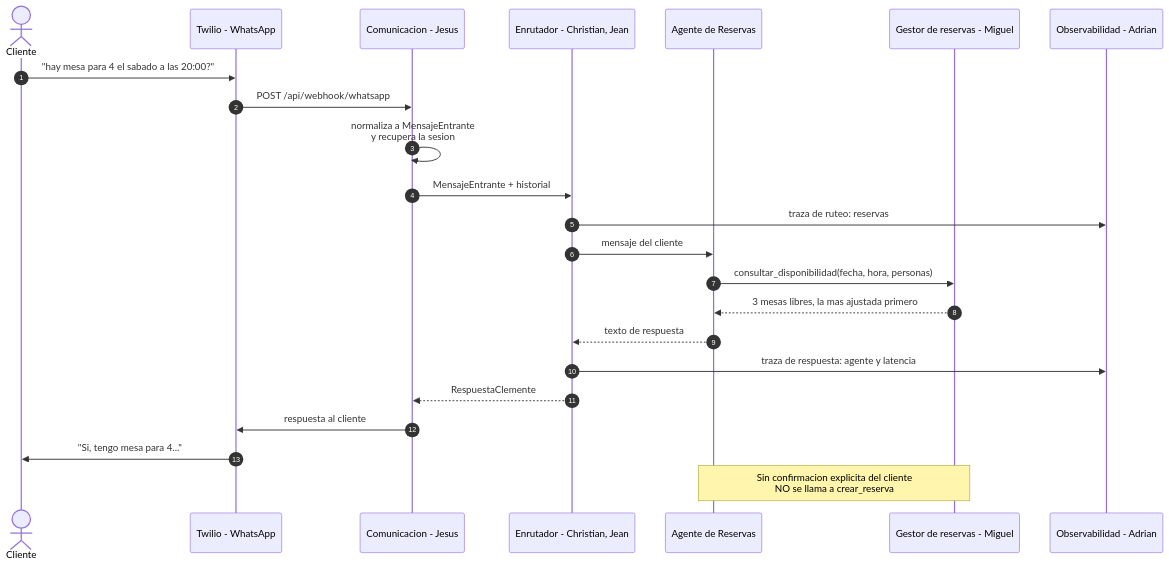
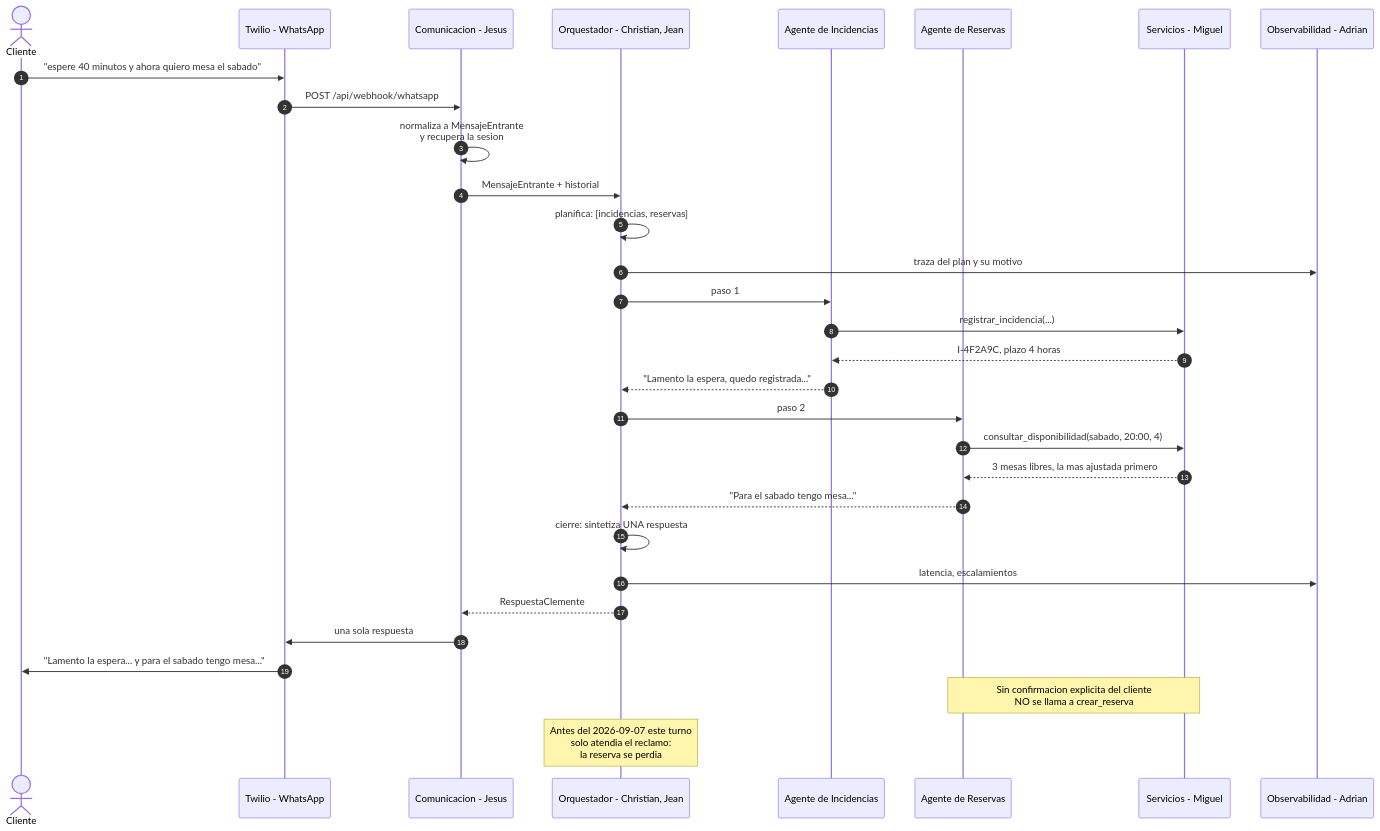
Before and after one commit to JesusBarboza1994/ai_agents_utec: the third of 4 diagrams in Clemente_Multiagente/README.md, drawn with Mermaid. The commit also changed other lines of this file and 2 other files, not shown here.

````diff
--- a/Clemente_Multiagente/README.md
+++ b/Clemente_Multiagente/README.md
@@ -295,26 +634,37 @@
 ```mermaid
 sequenceDiagram
     autonumber
     actor C as Cliente
     participant T as Twilio - WhatsApp
     participant COM as Comunicacion - Jesus
-    participant ORQ as Enrutador - Christian, Jean
-    participant AG as Agente de Reservas
-    participant SRV as Gestor de reservas - Miguel
+    participant ORQ as Orquestador - Christian, Jean
+    participant INC as Agente de Incidencias
+    participant RES as Agente de Reservas
+    participant SRV as Servicios - Miguel
     participant OBS as Observabilidad - Adrian
 
-    C->>T: "hay mesa para 4 el sabado a las 20:00?"
+    C->>T: "espere 40 minutos y ahora quiero mesa el sabado"
     T->>COM: POST /api/webhook/whatsapp
     COM->>COM: normaliza a MensajeEntrante<br/>y recupera la sesion
     COM->>ORQ: MensajeEntrante + historial
-    ORQ->>OBS: traza de ruteo: reservas
-    ORQ->>AG: mensaje del cliente
-    AG->>SRV: consultar_disponibilidad(fecha, hora, personas)
-    SRV-->>AG: 3 mesas libres, la mas ajustada primero
-    AG-->>ORQ: texto de respuesta
-    ORQ->>OBS: traza de respuesta: agente y latencia
+    ORQ->>ORQ: planifica: [incidencias, reservas]
+    ORQ->>OBS: traza del plan y su motivo
+
+    ORQ->>INC: paso 1
+    INC->>SRV: registrar_incidencia(...)
+    SRV-->>INC: I-4F2A9C, plazo 4 horas
+    INC-->>ORQ: "Lamento la espera, quedo registrada..."
+
+    ORQ->>RES: paso 2
+    RES->>SRV: consultar_disponibilidad(sabado, 20:00, 4)
+    SRV-->>RES: 3 mesas libres, la mas ajustada primero
+    RES-->>ORQ: "Para el sabado tengo mesa..."
+
+    ORQ->>ORQ: cierre: sintetiza UNA respuesta
+    ORQ->>OBS: latencia, escalamientos
     ORQ-->>COM: RespuestaClemente
-    COM->>T: respuesta al cliente
-    T->>C: "Si, tengo mesa para 4..."
-    Note over AG,SRV: Sin confirmacion explicita del cliente<br/>NO se llama a crear_reserva
+    COM->>T: una sola respuesta
+    T->>C: "Lamento la espera... y para el sabado tengo mesa..."
+    Note over RES,SRV: Sin confirmacion explicita del cliente<br/>NO se llama a crear_reserva
+    Note over ORQ: Antes del 2026-09-07 este turno<br/>solo atendia el reclamo:<br/>la reserva se perdia
 ```
````
